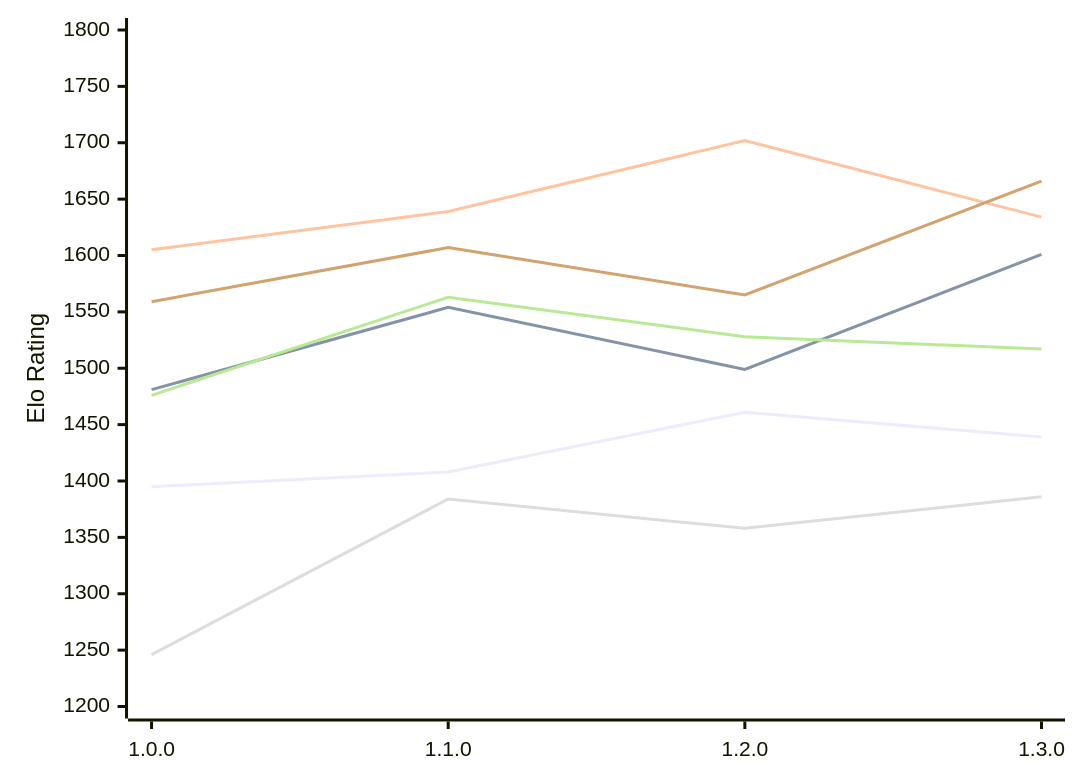
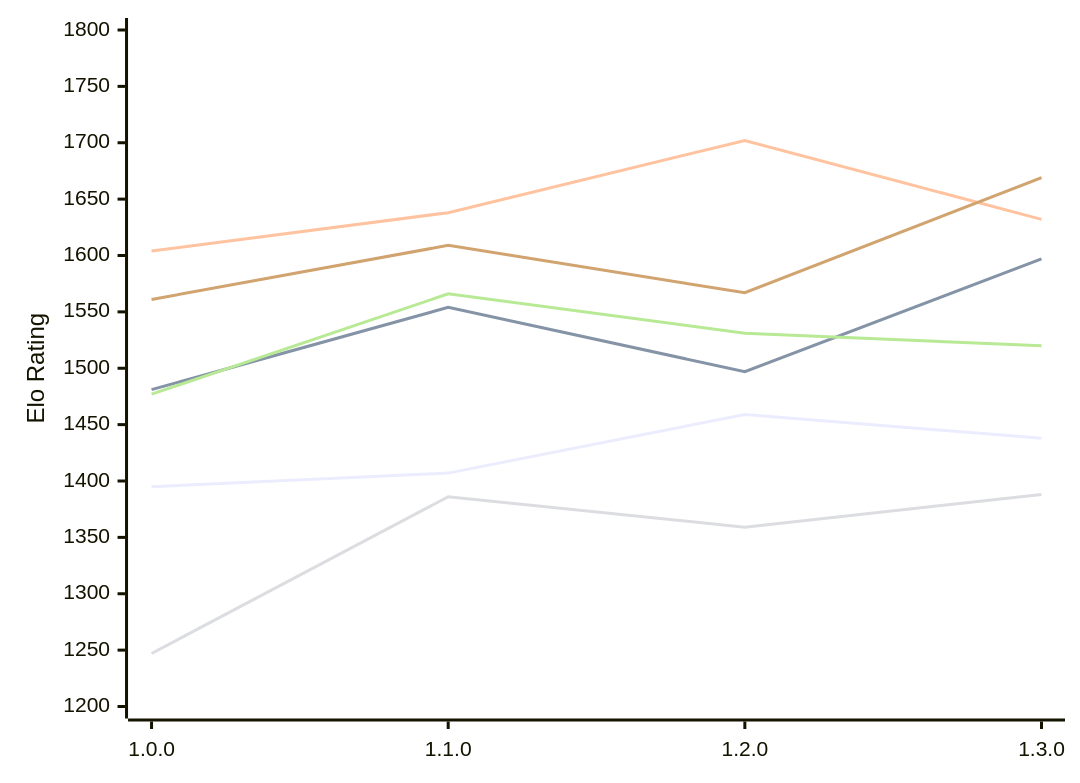
One commit to computer-chess-index/cci changed the diagram in engines/Klak.md. Above: the diagram before and after it, drawn with Mermaid. The commit also changed other lines of this file, not shown here.

Commit message:
Update CCI Ratings (ELO VLTC) - 2026-11-23

````diff
--- a/engines/Klak.md
+++ b/engines/Klak.md
@@ -53,12 +53,12 @@
 ```mermaid
 %%{init: {"theme":"base","themeVariables":{"seriesColors:['#a3a3a3','#222221','#faa371']}}}%%
 xychart-beta
   x-axis ["1.0.0", "1.1.0", "1.2.0", "1.3.0"]
   y-axis "Elo Rating" 1200 --> 1800
-  line "E1: STC (8.0+0.08s)" [1395, 1408, 1461, 1439]
-  line "E1: LTC (60.0+0.60s)" [1481, 1554, 1499, 1601]
-  line "E1: VLTC (2m24s+1.12s)" [1605, 1639, 1702, 1634]
-  line "P1: STC (8.0+0.08s)" [1246, 1384, 1358, 1386]
-  line "P1: LTC (60.0+0.60s)" [1476, 1563, 1528, 1517]
-  line "P1: VLTC (2m24s+1.12s)" [1559, 1607, 1565, 1666]
+  line "E1: STC (8.0+0.08s)" [1395, 1407, 1459, 1438]
+  line "E1: LTC (60.0+0.60s)" [1481, 1554, 1497, 1597]
+  line "E1: VLTC (2m24s+1.12s)" [1604, 1638, 1702, 1632]
+  line "P1: STC (8.0+0.08s)" [1247, 1386, 1359, 1388]
+  line "P1: LTC (60.0+0.60s)" [1477, 1566, 1531, 1520]
+  line "P1: VLTC (2m24s+1.12s)" [1561, 1609, 1567, 1669]
 ```
````
